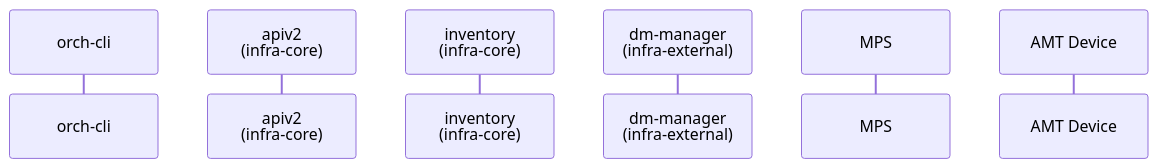
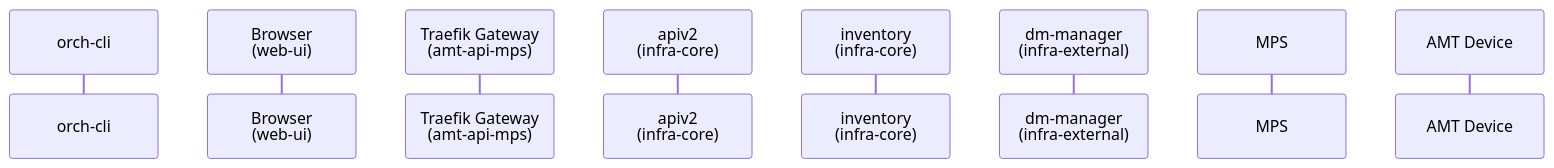
One commit to open-edge-platform/edge-manageability-framework changed the diagram in design-proposals/vpro-kvm.md. Above: the diagram before and after it, drawn with Mermaid.

````diff
--- a/design-proposals/vpro-kvm.md
+++ b/design-proposals/vpro-kvm.md
@@ -40,9 +40,11 @@
 ```mermaid
 sequenceDiagram
     participant CLI as orch-cli
+    participant Browser as Browser<br/>(web-ui)
+    participant Traefik as Traefik Gateway<br/>(amt-api-mps)
     participant APIV2 as apiv2<br/>(infra-core)
     participant INV as inventory<br/>(infra-core)
     participant DM as dm-manager<br/>(infra-external)
     participant MPS as MPS
     participant AMT as AMT Device
 ```
````
